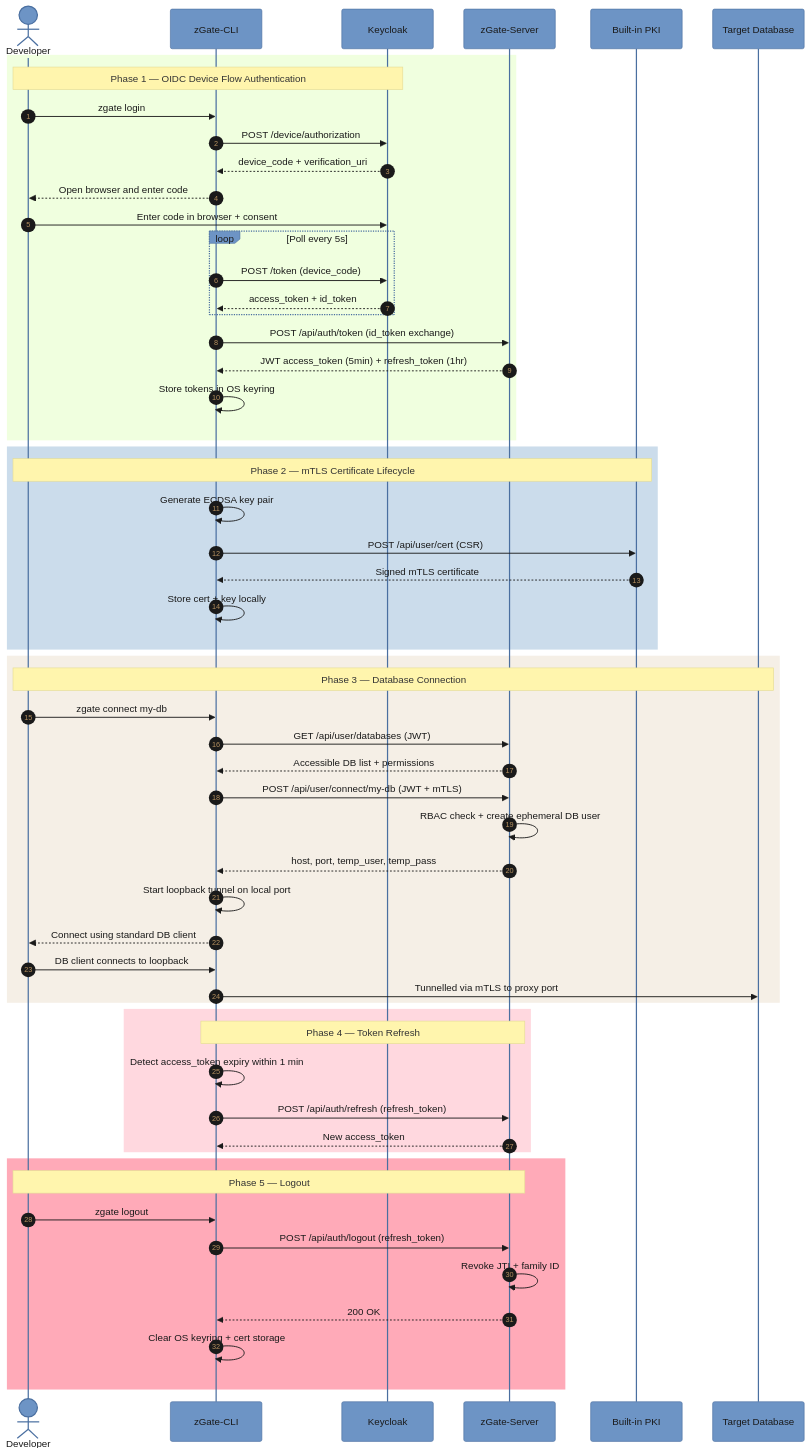
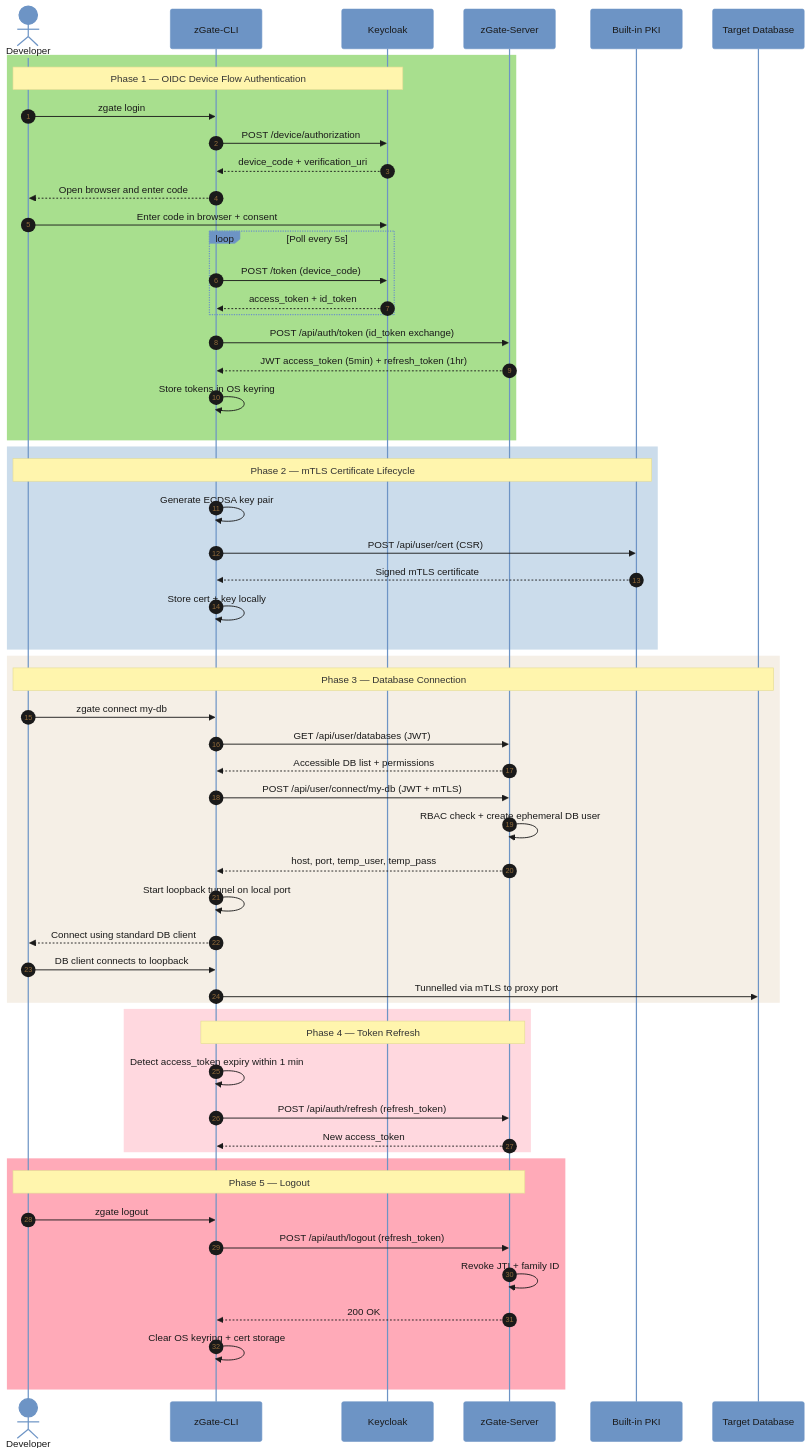
The diagram in diagrams/fig5_3_cli.mmd (lll-michael-lll/Graduation-Project-Documentation), drawn with Mermaid before and after one commit. The commit also changed 28 other files, not shown here.

```diff
--- a/diagrams/fig5_3_cli.mmd
+++ b/diagrams/fig5_3_cli.mmd
@@ -1,73 +1,73 @@
 %%{init: {
   "theme": "base",
   "themeVariables": {
     "primaryColor": "#6D94C5",
     "primaryTextColor": "#1a1a1a",
-    "primaryBorderColor": "#4a6fa0",
-    "lineColor": "#4a6fa0",
+    "primaryBorderColor": "#6D94C5",
+    "lineColor": "#6D94C5",
     "fontFamily": "Liberation Sans, Arial, sans-serif",
     "fontSize": "13px"
   }
 }}%%
 sequenceDiagram
     autonumber
     actor Dev as Developer
     participant CLI as zGate-CLI
     participant KC as Keycloak
     participant GW as zGate-Server
     participant PKI as Built-in PKI
     participant DB as Target Database
 
-    rect rgb(240,255,223)
+    rect rgb(168,223,142)
         Note over Dev,KC: Phase 1 — OIDC Device Flow Authentication
         Dev->>CLI: zgate login
         CLI->>KC: POST /device/authorization
         KC-->>CLI: device_code + verification_uri
         CLI-->>Dev: Open browser and enter code
         Dev->>KC: Enter code in browser + consent
         loop Poll every 5s
             CLI->>KC: POST /token (device_code)
             KC-->>CLI: access_token + id_token
         end
         CLI->>GW: POST /api/auth/token (id_token exchange)
         GW-->>CLI: JWT access_token (5min) + refresh_token (1hr)
         CLI->>CLI: Store tokens in OS keyring
     end
 
     rect rgb(203,220,235)
         Note over Dev,PKI: Phase 2 — mTLS Certificate Lifecycle
         CLI->>CLI: Generate ECDSA key pair
         CLI->>PKI: POST /api/user/cert (CSR)
         PKI-->>CLI: Signed mTLS certificate
         CLI->>CLI: Store cert + key locally
     end
 
     rect rgb(245,239,230)
         Note over Dev,DB: Phase 3 — Database Connection
         Dev->>CLI: zgate connect my-db
         CLI->>GW: GET /api/user/databases (JWT)
         GW-->>CLI: Accessible DB list + permissions
         CLI->>GW: POST /api/user/connect/my-db (JWT + mTLS)
         GW->>GW: RBAC check + create ephemeral DB user
         GW-->>CLI: host, port, temp_user, temp_pass
         CLI->>CLI: Start loopback tunnel on local port
         CLI-->>Dev: Connect using standard DB client
         Dev->>CLI: DB client connects to loopback
         CLI->>DB: Tunnelled via mTLS to proxy port
     end
 
     rect rgb(255,216,223)
         Note over CLI,GW: Phase 4 — Token Refresh
         CLI->>CLI: Detect access_token expiry within 1 min
         CLI->>GW: POST /api/auth/refresh (refresh_token)
         GW-->>CLI: New access_token
     end
 
     rect rgb(255,170,184)
         Note over Dev,GW: Phase 5 — Logout
         Dev->>CLI: zgate logout
         CLI->>GW: POST /api/auth/logout (refresh_token)
         GW->>GW: Revoke JTI + family ID
         GW-->>CLI: 200 OK
         CLI->>CLI: Clear OS keyring + cert storage
     end
```
